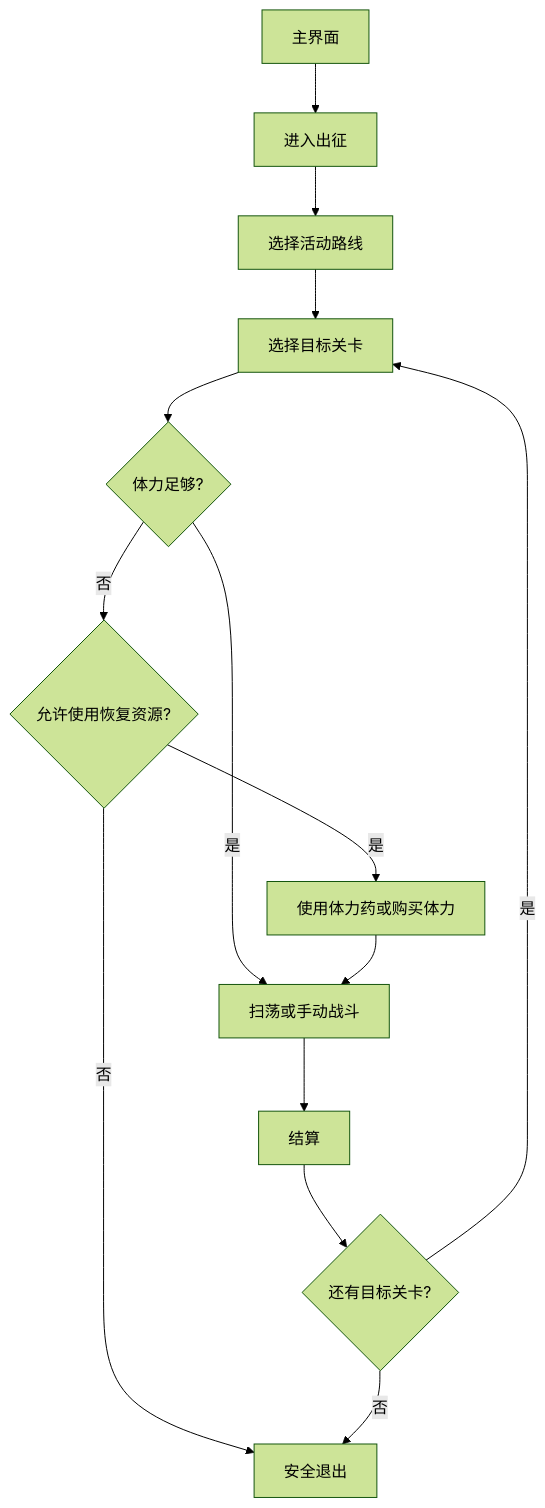
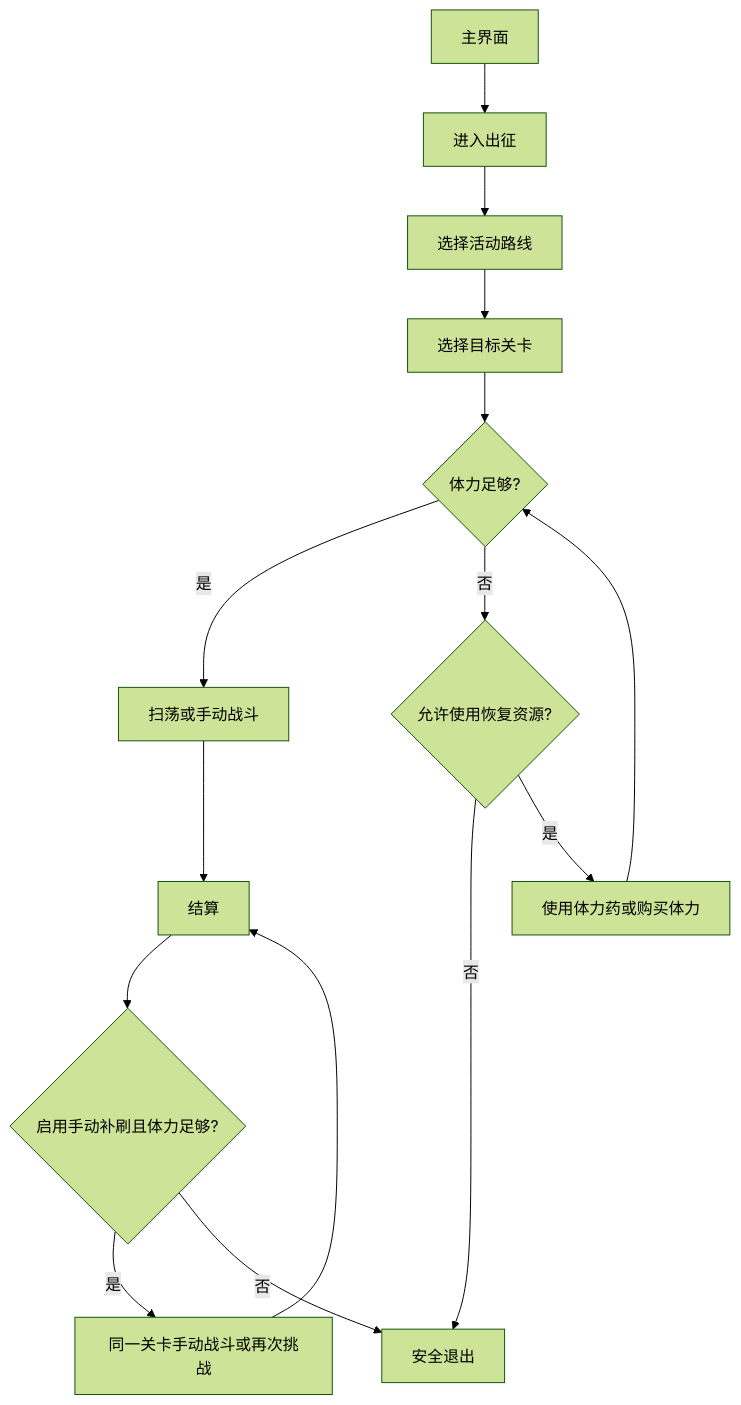
One commit to cccrx1/TKFMaa changed the diagram in docs/zh_cn/tasks/daily_stamina.md. Above: the diagram before and after it, drawn with Mermaid (forest theme). The commit also changed other lines of this file and 6 other files, not shown here.

````diff
--- a/docs/zh_cn/tasks/daily_stamina.md
+++ b/docs/zh_cn/tasks/daily_stamina.md
@@ -25,17 +25,18 @@
 ```mermaid
 flowchart TD
 A[主界面] --> B[进入出征]
 B --> C[选择活动路线]
 C --> D[选择目标关卡]
 D --> E{体力足够?}
 E -->|是| F[扫荡或手动战斗]
 E -->|否| G{允许使用恢复资源?}
 G -->|否| H[安全退出]
 G -->|是| I[使用体力药或购买体力]
-I --> F
+I --> E
 F --> J[结算]
-J --> K{还有目标关卡?}
-K -->|是| D
+J --> K{启用手动补刷且体力足够?}
+K -->|是| L[同一关卡手动战斗或再次挑战]
+L --> J
 K -->|否| H
 
 ```
````
